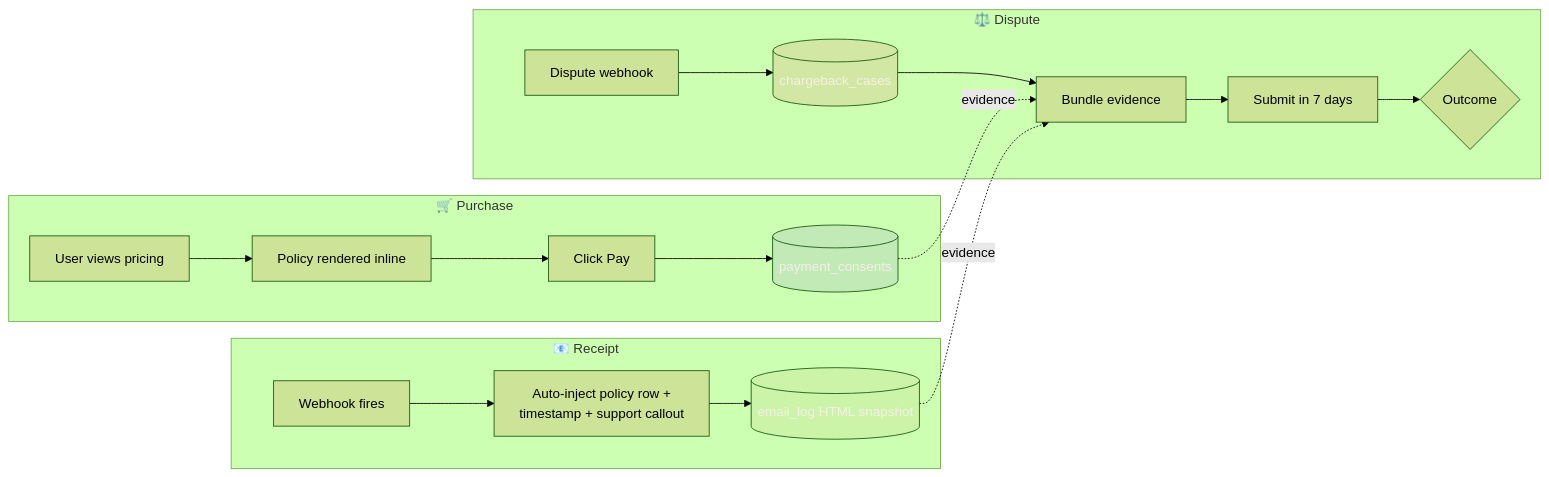
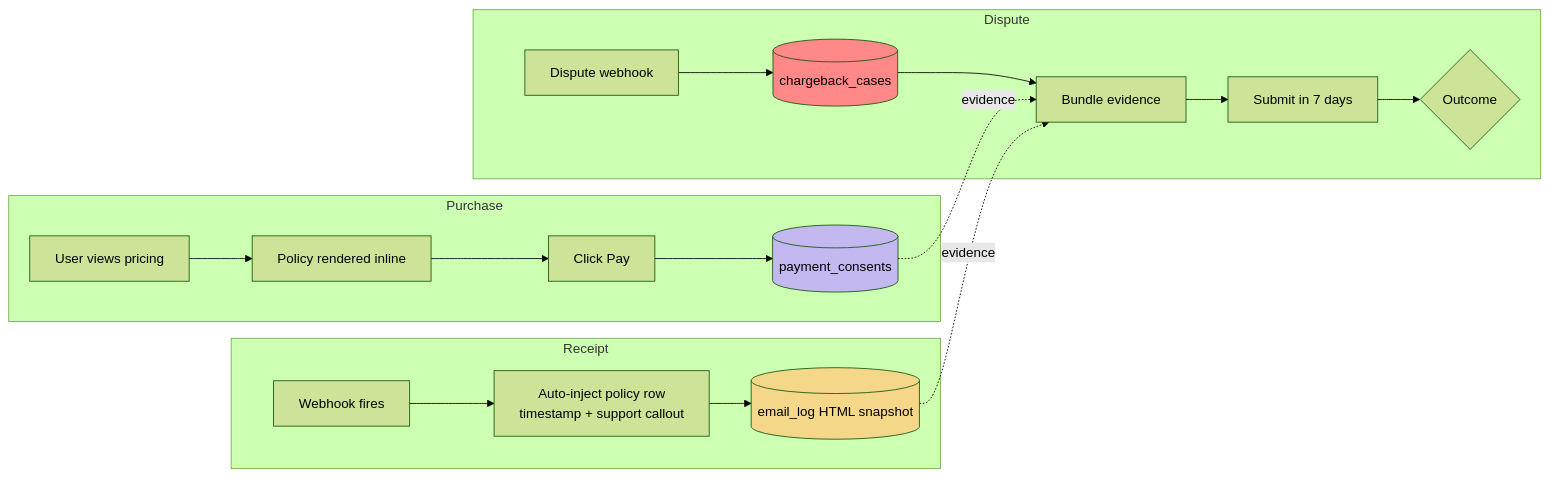
Before and after one commit to omkarjaliparthi/tpm-portfolio: the diagram in prds/chargeback-defense.md, drawn with Mermaid (forest theme). The commit also changed 1 other file, not shown here.

Commit message:
fix: simplify mermaid syntax for GitHub renderer compatibility

````diff
--- a/prds/chargeback-defense.md
+++ b/prds/chargeback-defense.md
@@ -48,27 +48,27 @@
 ```mermaid
 flowchart LR
-    subgraph AtPurchase["🛒 Purchase"]
+    subgraph Purchase
         P1[User views pricing] --> P2[Policy rendered inline]
         P2 --> P3[Click Pay]
         P3 --> P4[(payment_consents)]
     end
 
-    subgraph AtReceipt["📧 Receipt"]
-        R1[Webhook fires] --> R2[Auto-inject policy row +<br/>timestamp + support callout]
+    subgraph Receipt
+        R1[Webhook fires] --> R2[Auto-inject policy row<br>timestamp + support callout]
         R2 --> R3[(email_log HTML snapshot)]
     end
 
-    subgraph OnDispute["⚖️ Dispute"]
+    subgraph Dispute
         D1[Dispute webhook] --> D2[(chargeback_cases)]
         D2 --> D3[Bundle evidence]
         D3 --> D4[Submit in 7 days]
         D4 --> D5{Outcome}
     end
 
     P4 -.evidence.-> D3
     R3 -.evidence.-> D3
 
-    style P4 fill:#6E56CF20,color:#F5F0E6
-    style R3 fill:#C8A96920,color:#F5F0E6
-    style D2 fill:#FF444420,color:#F5F0E6
+    style P4 fill:#C4B8F0,color:#000
+    style R3 fill:#F5D789,color:#000
+    style D2 fill:#FF8888,color:#000
 ```
````
